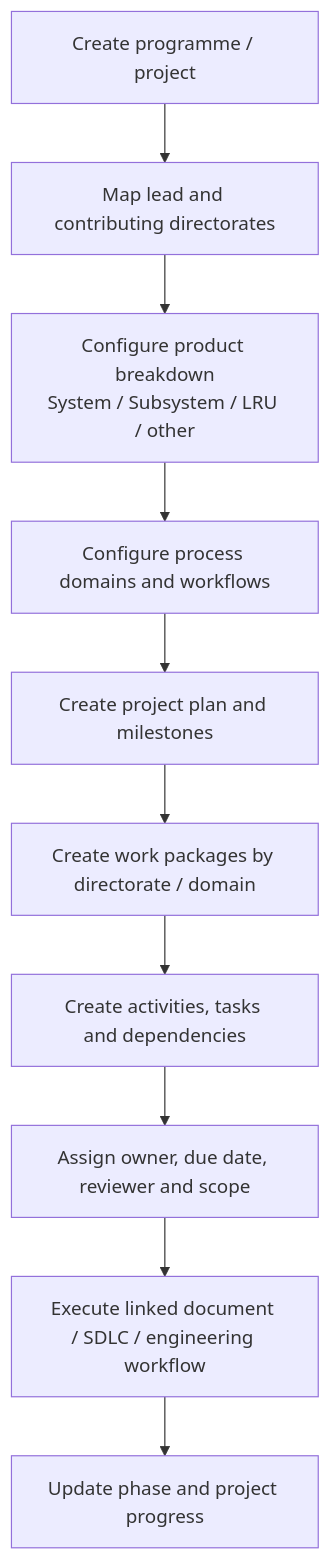
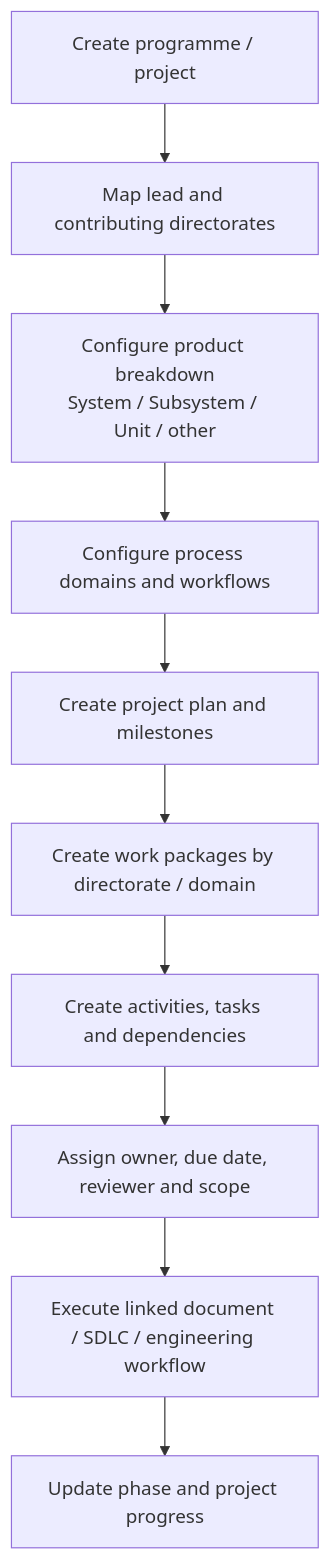
Diagram 12 of 26 in Docs/ARCHITECTURE_WORKFLOWS.md (AntonMT686/ELM), drawn with Mermaid before and after one commit. The commit also changed other lines of this file and 131 other files, not shown here.

````diff
--- a/Docs/ARCHITECTURE_WORKFLOWS.md
+++ b/Docs/ARCHITECTURE_WORKFLOWS.md
@@ -536,13 +536,13 @@
 ```mermaid
 flowchart TD
     P["Create programme / project"]
     P --> ORG["Map lead and contributing directorates"]
-    ORG --> PB["Configure product breakdown<br/>System / Subsystem / LRU / other"]
+    ORG --> PB["Configure product breakdown<br/>System / Subsystem / Unit / other"]
     PB --> DOM["Configure process domains and workflows"]
     DOM --> PLAN["Create project plan and milestones"]
     PLAN --> WP["Create work packages by directorate / domain"]
     WP --> TASK["Create activities, tasks and dependencies"]
     TASK --> ASSIGN["Assign owner, due date, reviewer and scope"]
     ASSIGN --> EXEC["Execute linked document / SDLC / engineering workflow"]
     EXEC --> PROG["Update phase and project progress"]
 ```
````
